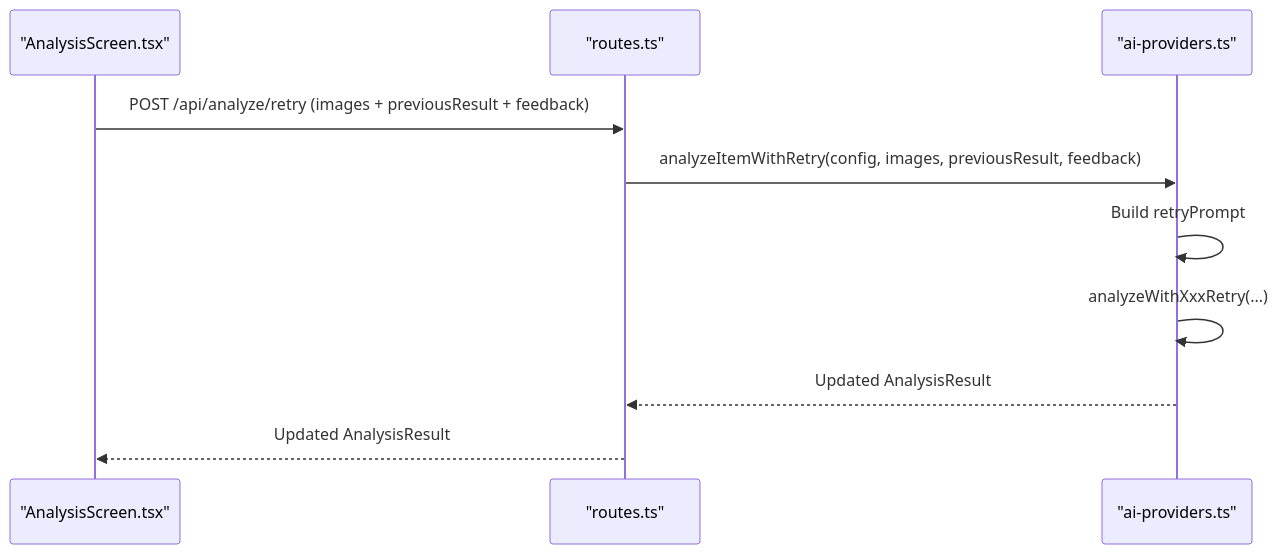
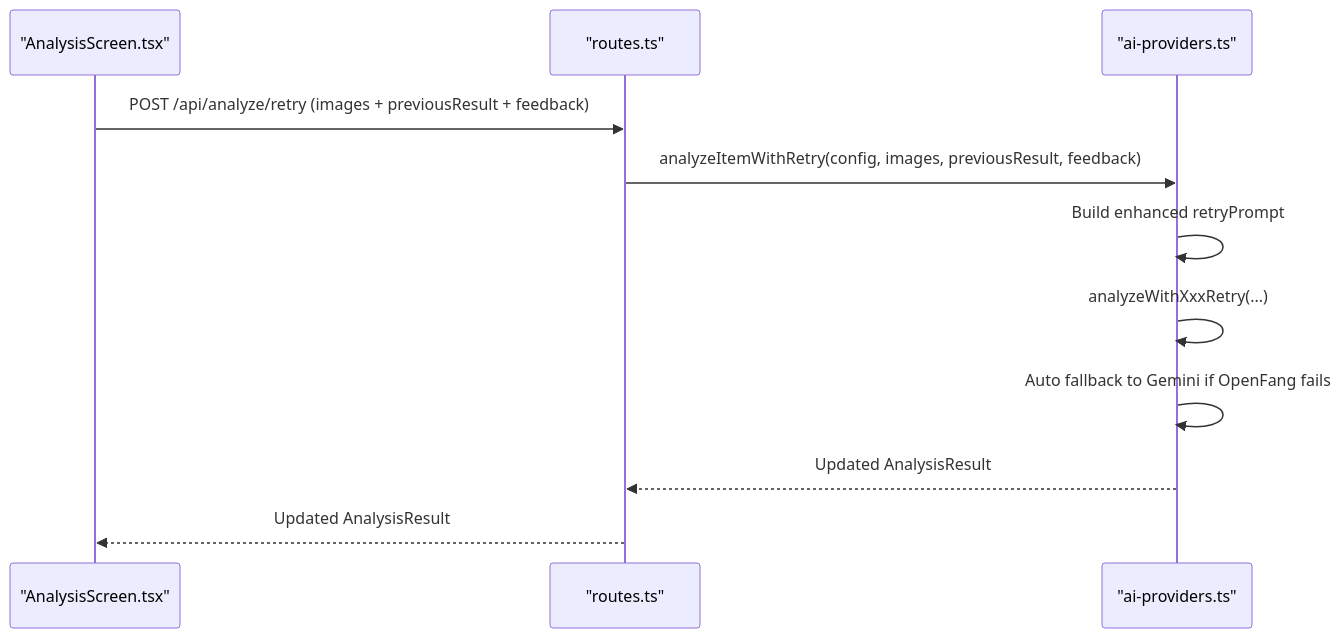
The fifth of 10 diagrams in .qoder/repowiki/en/content/AI Integration/AI Integration.md (hunglevi87/Hidden-Gem), drawn with Mermaid before and after one commit. The commit also changed other lines of this file and 14 other files, not shown here.

First line of the commit message:
feat(ai-integration): add OpenFang provider and eBay MCP marketplace automation

````diff
--- a/.qoder/repowiki/en/content/AI Integration/AI Integration.md
+++ b/.qoder/repowiki/en/content/AI Integration/AI Integration.md
@@ -192,12 +230,13 @@
 ```mermaid
 sequenceDiagram
 participant UI as "AnalysisScreen.tsx"
 participant API as "routes.ts"
 participant Prov as "ai-providers.ts"
 UI->>API : POST /api/analyze/retry (images + previousResult + feedback)
 API->>Prov : analyzeItemWithRetry(config, images, previousResult, feedback)
-Prov->>Prov : Build retryPrompt
+Prov->>Prov : Build enhanced retryPrompt
 Prov->>Prov : analyzeWithXxxRetry(...)
+Prov->>Prov : Auto fallback to Gemini if OpenFang fails
 Prov-->>API : Updated AnalysisResult
 API-->>UI : Updated AnalysisResult
 ```
````
